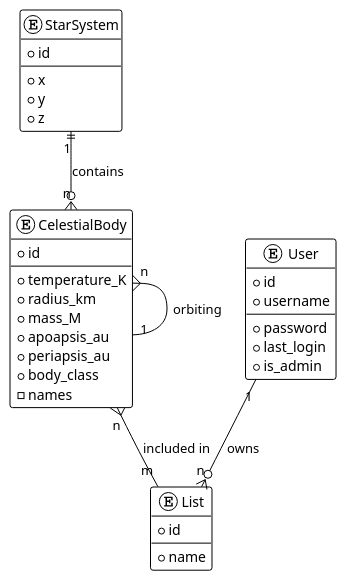
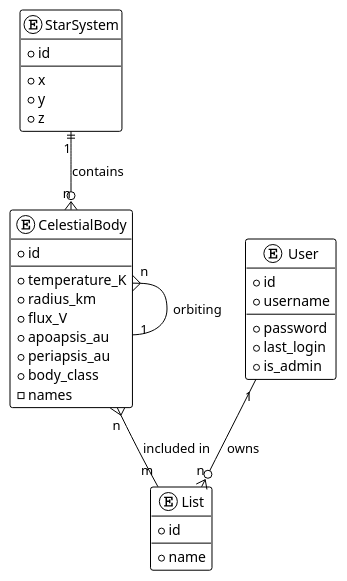
One commit to TheLuckyLuke1337/sqlite3-demo changed the diagram in erdiagram.puml. Above: the diagram before and after it, drawn with PlantUML. The commit also changed 3 other files, not shown here.

First line of the commit message:
Update CelestialBody table schema and add new test2.py file

```diff
--- a/erdiagram.puml
+++ b/erdiagram.puml
@@ -1,44 +1,44 @@
 @startuml er_diagram
 !theme plain
 
 entity "StarSystem" {
   *id
   --
   * x
   * y
   * z
 }
 
 entity "CelestialBody" {
   *id
   --
   *temperature_K
   *radius_km
-  *mass_M
+  *flux_V
   *apoapsis_au
   *periapsis_au
   *body_class
   -names
 }
 
 entity "User" {
   *id
   *username
   --
   *password
   *last_login
   *is_admin
 }
 
 entity "List" {
   *id
   --
   *name
 }
 
 StarSystem "1" ||--o{ "n" CelestialBody : "contains"
 User "1" --o{ "n" List : "owns"
 CelestialBody "n" }-- "m" List : "included in"
 CelestialBody "n" }-- "1" CelestialBody : "orbiting"
 
 @enduml
```
